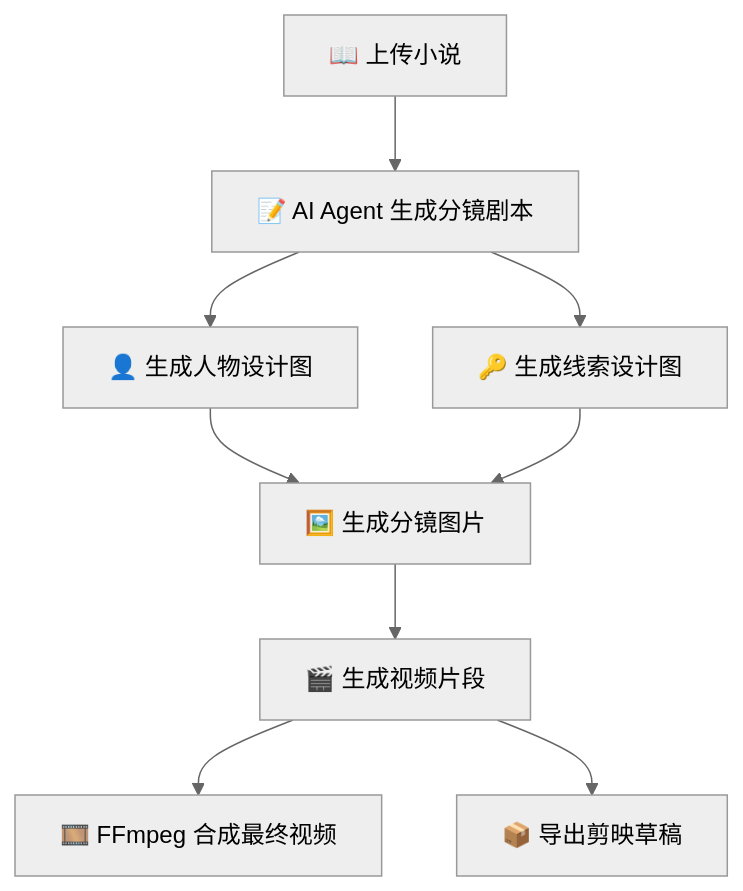
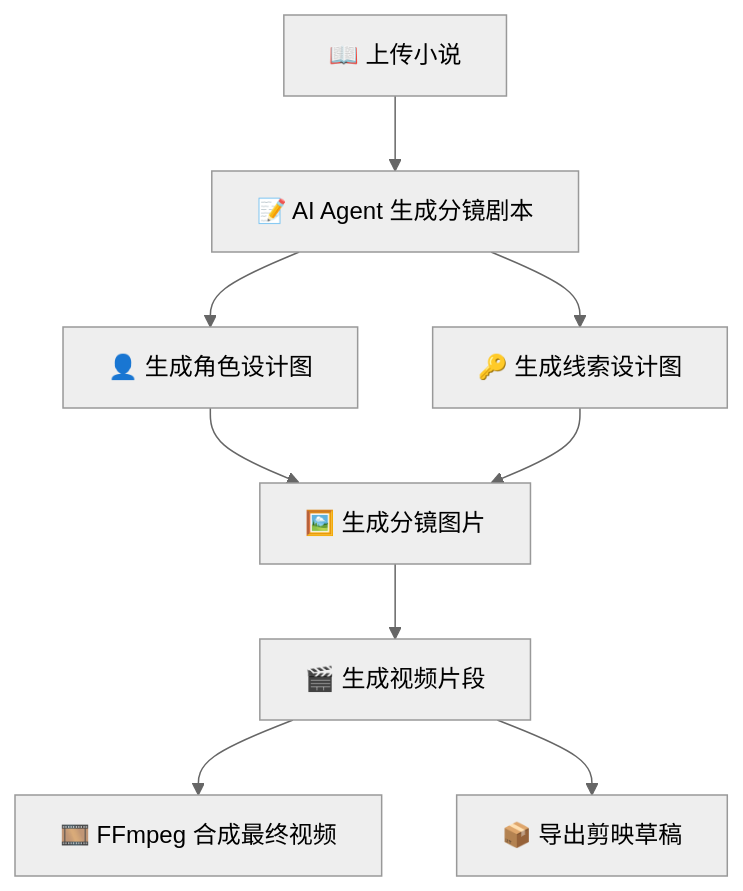
The first of 3 diagrams in README.md (huiyang0325/C301), drawn with Mermaid (neutral theme) before and after one commit. The commit also changed other lines of this file and 59 other files, not shown here.

````diff
--- a/README.md
+++ b/README.md
@@ -68,11 +68,11 @@
 ```mermaid
 graph TD
     A["📖 上传小说"] --> B["📝 AI Agent 生成分镜剧本"]
-    B --> C["👤 生成人物设计图"]
+    B --> C["👤 生成角色设计图"]
     B --> D["🔑 生成线索设计图"]
     C --> E["🖼️ 生成分镜图片"]
     D --> E
     E --> F["🎬 生成视频片段"]
     F --> G["🎞️ FFmpeg 合成最终视频"]
     F --> H["📦 导出剪映草稿"]
 ```
````
